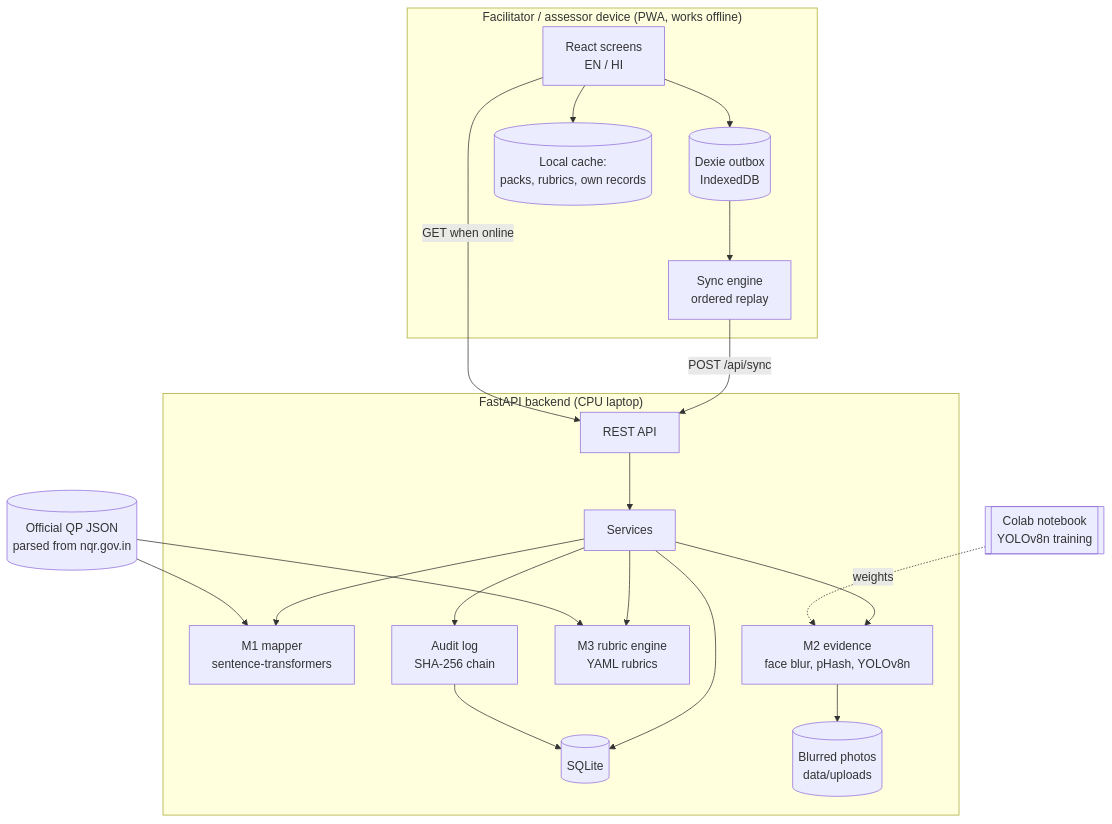
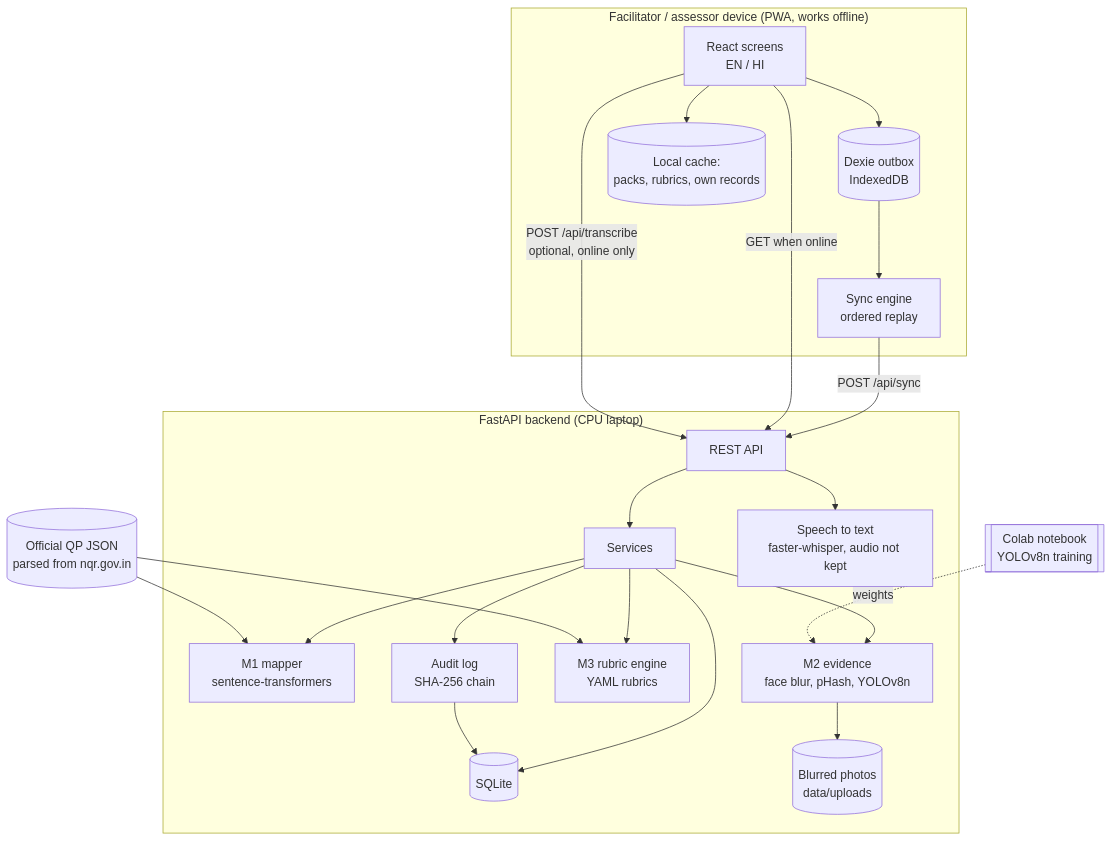
One commit to Maosama01/hunar changed the first of 2 diagrams in docs/architecture.md. Above: the diagram before and after it, drawn with Mermaid. The commit also changed other lines of this file and 43 other files, not shown here.

````diff
--- a/docs/architecture.md
+++ b/docs/architecture.md
@@ -5,23 +5,25 @@
 ```mermaid
 flowchart TB
   subgraph Device["Facilitator / assessor device (PWA, works offline)"]
     UI[React screens<br/>EN / HI] --> OB[(Dexie outbox<br/>IndexedDB)]
     UI --> LC[(Local cache:<br/>packs, rubrics, own records)]
     OB --> SY[Sync engine<br/>ordered replay]
   end
   SY -->|POST /api/sync| API
   UI -->|GET when online| API
+  UI -->|POST /api/transcribe<br/>optional, online only| API
   subgraph Server["FastAPI backend (CPU laptop)"]
     API[REST API] --> SVC[Services]
     SVC --> M1[M1 mapper<br/>sentence-transformers]
+    API --> ASR[Speech to text<br/>faster-whisper, audio not kept]
     SVC --> M2[M2 evidence<br/>face blur, pHash, YOLOv8n]
     SVC --> M3[M3 rubric engine<br/>YAML rubrics]
     SVC --> AU[Audit log<br/>SHA-256 chain]
     SVC --> DB[(SQLite)]
     AU --> DB
     M2 --> FS[(Blurred photos<br/>data/uploads)]
   end
   QP[(Official QP JSON<br/>parsed from nqr.gov.in)] --> M1
   QP --> M3
   COLAB[[Colab notebook<br/>YOLOv8n training]] -. weights .-> M2
 ```
````
